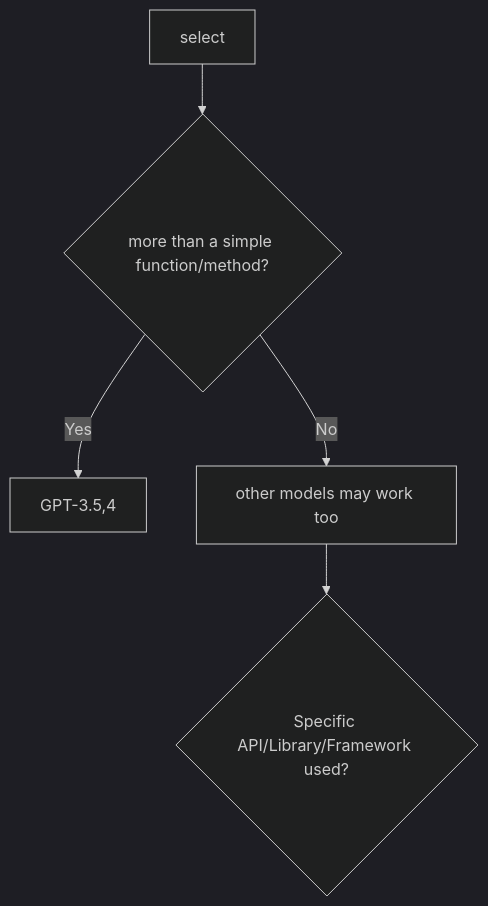
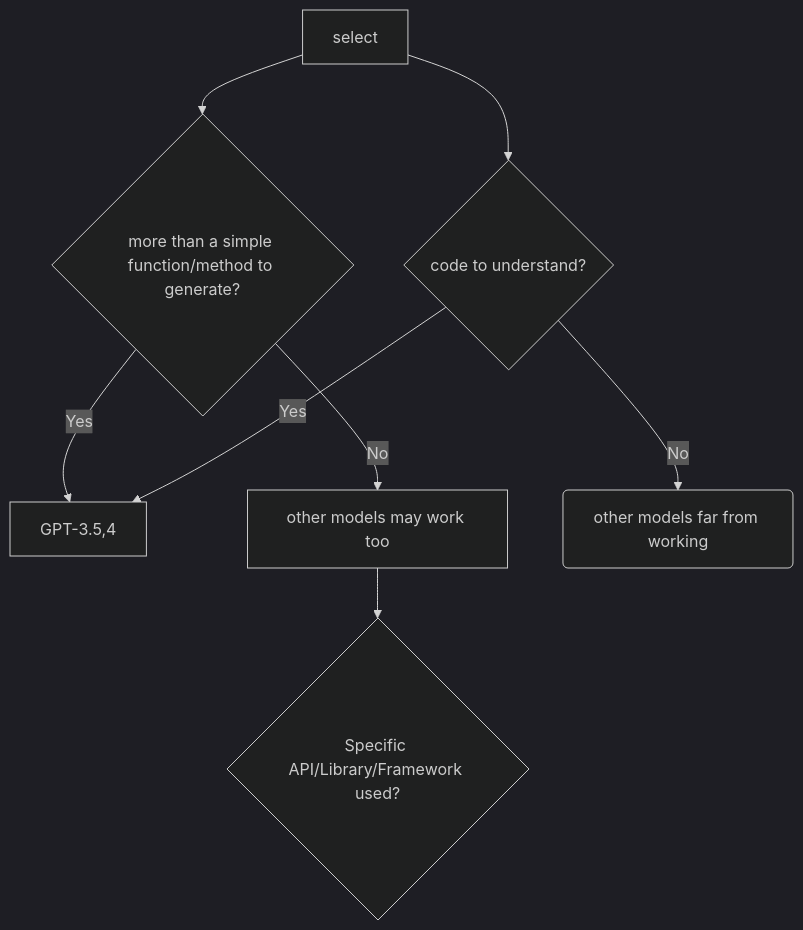
The diagram in Code-LLM-alternatives.md (AI-LLM/ai-llm.github.io), drawn with Mermaid (dark theme) before and after one commit.

````diff
--- a/Code-LLM-alternatives.md
+++ b/Code-LLM-alternatives.md
@@ -418,7 +418,10 @@
 ```mermaid
 graph TD;
-    S[select]-->Q1{more than a simple function/method?};
+    S[select]-->Q1{more than a simple function/method to generate?};
+    S[select]-->Q2{code to understand?};
     Q1 -- Yes -->P1[GPT-3.5,4];
     Q1 -- No -->P2[other models may work too];
-    P2 --> Q2{Specific API/Library/Framework used?}
+    Q2 -- Yes -->P1[GPT-3.5,4];
+    Q2 -- No -->P3(other models far from working);
+    P2 --> Q11{Specific API/Library/Framework used?}
 ```
````
